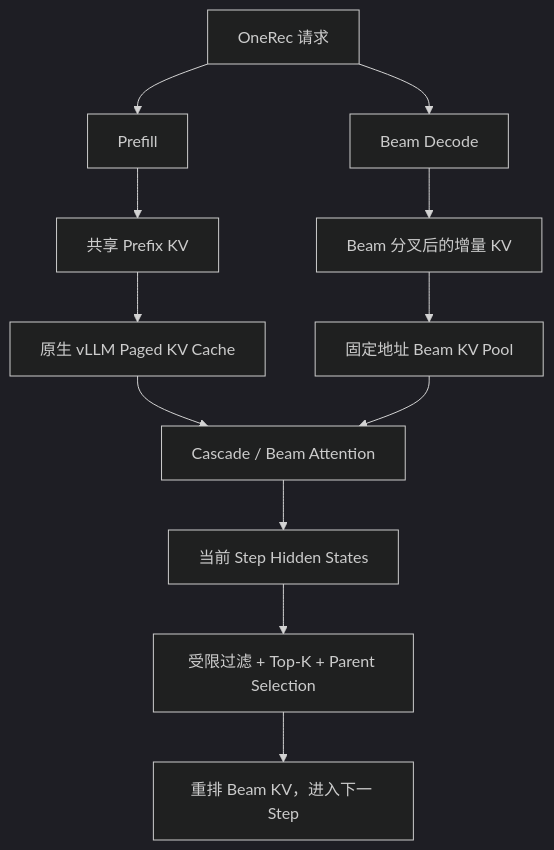
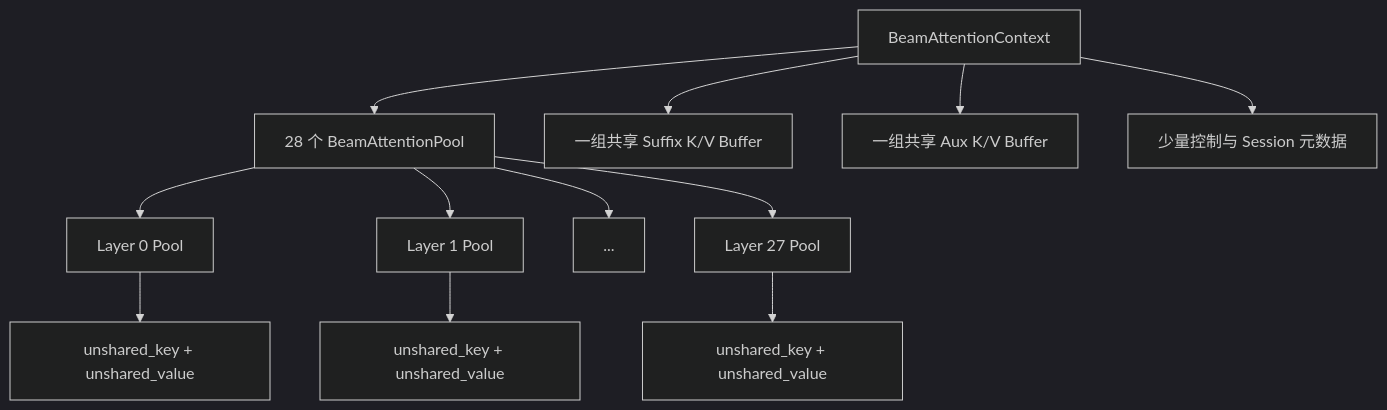
Before and after one commit to zhanghanleo10/gr-related: the first of 3 diagrams in GR/onerec_1_7b_beam_kv_pool_memory_analysis.md, drawn with Mermaid (dark theme). The commit also changed other lines of this file, not shown here.

Commit message:
docs: simplify Beam KV Pool memory calculation

````diff
--- a/GR/onerec_1_7b_beam_kv_pool_memory_analysis.md
+++ b/GR/onerec_1_7b_beam_kv_pool_memory_analysis.md
@@ -36,16 +34,16 @@
 ```mermaid
 flowchart TB
-    A["OneRec 请求"] --> B["Prefill"]
-    B --> C["共享 Prefix KV"]
-    C --> D["原生 vLLM Paged KV Cache"]
+    C["BeamAttentionContext"] --> P["28 个 BeamAttentionPool"]
+    C --> S["一组共享 Suffix K/V Buffer"]
+    C --> A["一组共享 Aux K/V Buffer"]
+    C --> M["少量控制与 Session 元数据"]
 
-    A --> E["Beam Decode"]
-    E --> F["Beam 分叉后的增量 KV"]
-    F --> G["固定地址 Beam KV Pool"]
+    P --> P0["Layer 0 Pool"]
+    P --> P1["Layer 1 Pool"]
+    P --> PX["..."]
+    P --> P27["Layer 27 Pool"]
 
-    D --> H["Cascade / Beam Attention"]
-    G --> H
-    H --> I["当前 Step Hidden States"]
-    I --> J["受限过滤 + Top-K + Parent Selection"]
-    J --> K["重排 Beam KV，进入下一 Step"]
+    P0 --> KV0["unshared_key + unshared_value"]
+    P1 --> KV1["unshared_key + unshared_value"]
+    P27 --> KV27["unshared_key + unshared_value"]
 ```
````
